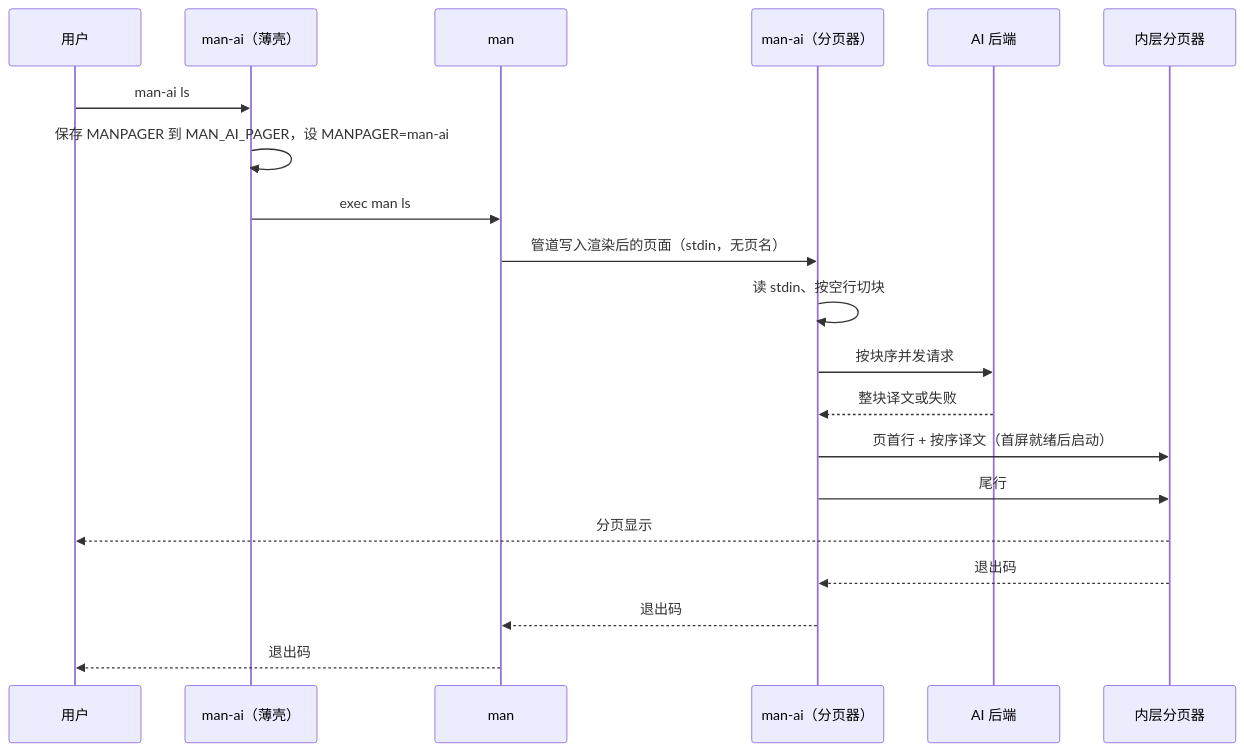
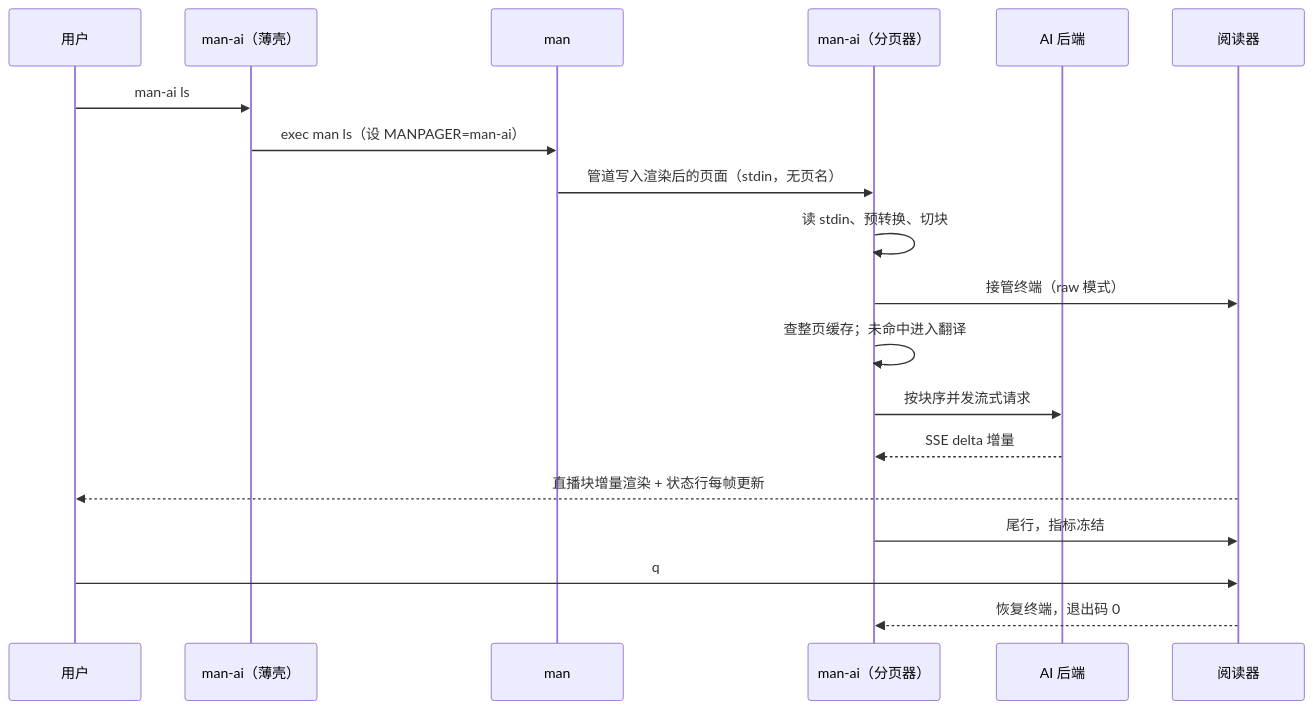
The first of 2 diagrams in docs/spec/man-ai.md (yuhaoxin/man-ai), drawn with Mermaid before and after one commit. The commit also changed other lines of this file, not shown here.

````diff
--- a/docs/spec/man-ai.md
+++ b/docs/spec/man-ai.md
@@ -231,23 +207,22 @@
 ```mermaid
 sequenceDiagram
     participant U as 用户
     participant S as man-ai（薄壳）
     participant M as man
     participant P as man-ai（分页器）
     participant B as AI 后端
-    participant L as 内层分页器
+    participant R as 阅读器
 
     U->>S: man-ai ls
-    S->>S: 保存 MANPAGER 到 MAN_AI_PAGER，设 MANPAGER=man-ai
-    S->>M: exec man ls
+    S->>M: exec man ls（设 MANPAGER=man-ai）
     M->>P: 管道写入渲染后的页面（stdin，无页名）
-    P->>P: 读 stdin、按空行切块
-    P->>B: 按块序并发请求
-    B-->>P: 整块译文或失败
-    P->>L: 页首行 + 按序译文（首屏就绪后启动）
-    P->>L: 尾行
-    L-->>U: 分页显示
-    L-->>P: 退出码
-    P-->>M: 退出码
-    M-->>U: 退出码
+    P->>P: 读 stdin、预转换、切块
+    P->>R: 接管终端（raw 模式）
+    P->>P: 查整页缓存；未命中进入翻译
+    P->>B: 按块序并发流式请求
+    B-->>P: SSE delta 增量
+    R-->>U: 直播块增量渲染 + 状态行每帧更新
+    P->>R: 尾行，指标冻结
+    U->>R: q
+    R-->>P: 恢复终端，退出码 0
 ```
````
